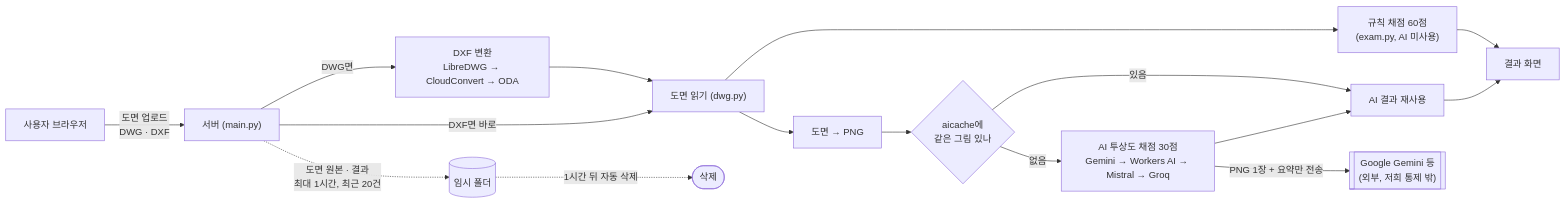
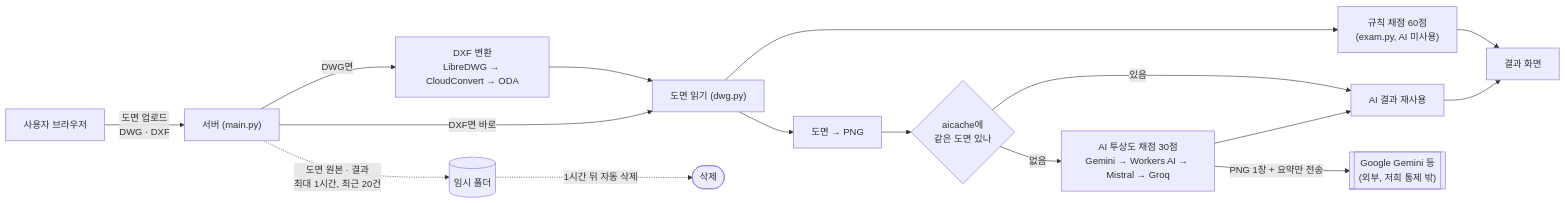
One commit to ritual1127/naverogq changed the diagram in docs/architecture.md. Above: the diagram before and after it, drawn with Mermaid. The commit also changed other lines of this file and 14 other files, not shown here.

````diff
--- a/docs/architecture.md
+++ b/docs/architecture.md
@@ -6,18 +6,18 @@
 ```mermaid
 flowchart LR
     U["사용자 브라우저"] -->|"도면 업로드<br/>DWG · DXF"| S["서버 (main.py)"]
     S -->|"DWG면"| CV["DXF 변환<br/>LibreDWG → CloudConvert → ODA"]
     CV --> R["도면 읽기 (dwg.py)"]
     S -->|"DXF면 바로"| R
     R --> RULE["규칙 채점 60점<br/>(exam.py, AI 미사용)"]
     R --> IMG["도면 → PNG"]
-    IMG --> CACHE{"aicache에<br/>같은 그림 있나"}
+    IMG --> CACHE{"aicache에<br/>같은 도면 있나"}
     CACHE -->|"있음"| AIRES["AI 결과 재사용"]
     CACHE -->|"없음"| AI["AI 투상도 채점 30점<br/>Gemini → Workers AI → Mistral → Groq"]
     AI -->|"PNG 1장 + 요약만 전송"| GOOGLE[["Google Gemini 등<br/>(외부, 저희 통제 밖)"]]
     AI --> AIRES
     RULE --> RES["결과 화면"]
     AIRES --> RES
     S -.->|"도면 원본 · 결과<br/>최대 1시간, 최근 20건"| TMP[("임시 폴더")]
     TMP -.->|"1시간 뒤 자동 삭제"| DEL(["삭제"])
 ```
````
